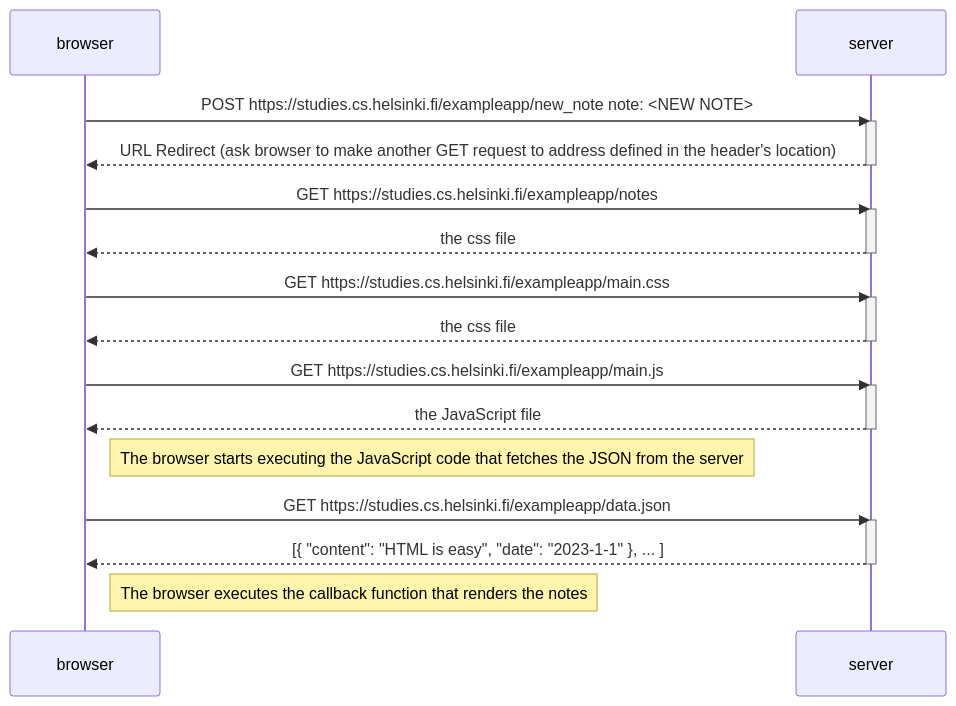
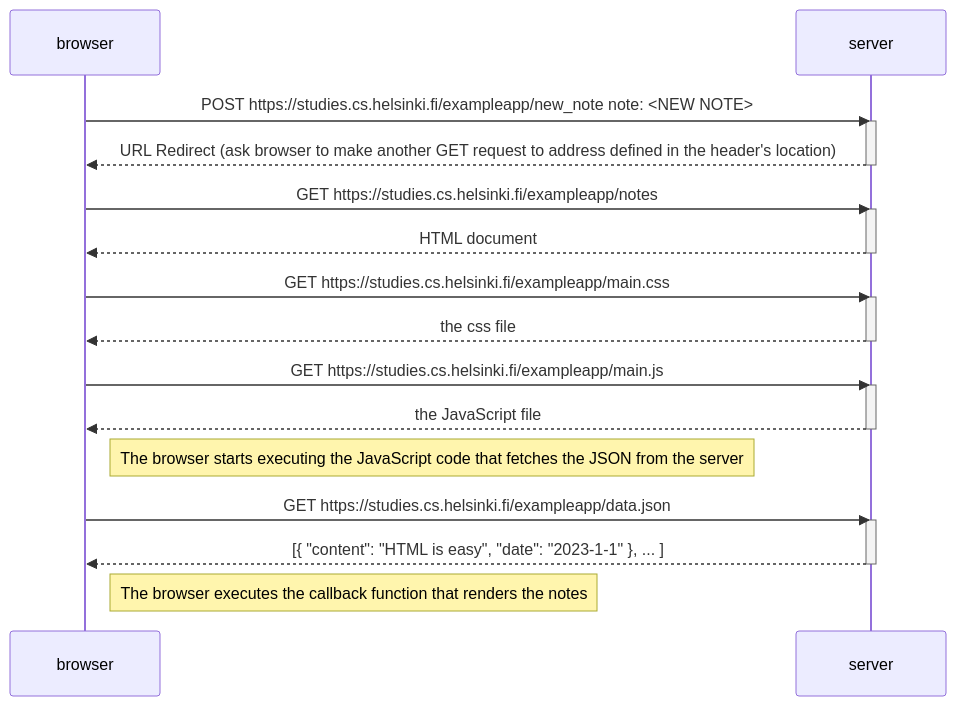
One commit to aleksmllr/fullstackopen changed the diagram in part0/newNoteDiagram.md. Above: the diagram before and after it, drawn with Mermaid.

Commit message:
Mermaid styling...

````diff
--- a/part0/newNoteDiagram.md
+++ b/part0/newNoteDiagram.md
@@ -2,34 +2,34 @@
 ```mermaid
 sequenceDiagram
     participant browser
     participant server
 
     browser->>server: POST https://studies.cs.helsinki.fi/exampleapp/new_note        note: <NEW NOTE>
     activate server
     server-->>browser: URL Redirect (ask browser to make another GET request to address defined in the header's location)
     deactivate server
 
     browser->>server: GET https://studies.cs.helsinki.fi/exampleapp/notes
     activate server
-    server-->>browser: the css file
+    server-->>browser: HTML document
     deactivate server
 
     browser->>server: GET https://studies.cs.helsinki.fi/exampleapp/main.css
     activate server
     server-->>browser: the css file
     deactivate server
 
     browser->>server: GET https://studies.cs.helsinki.fi/exampleapp/main.js
     activate server
     server-->>browser: the JavaScript file
     deactivate server
 
     Note right of browser: The browser starts executing the JavaScript code that fetches the JSON from the server
 
     browser->>server: GET https://studies.cs.helsinki.fi/exampleapp/data.json
     activate server
     server-->>browser: [{ "content": "HTML is easy", "date": "2023-1-1" }, ... ]
     deactivate server
 
     Note right of browser: The browser executes the callback function that renders the notes
 ```
````
